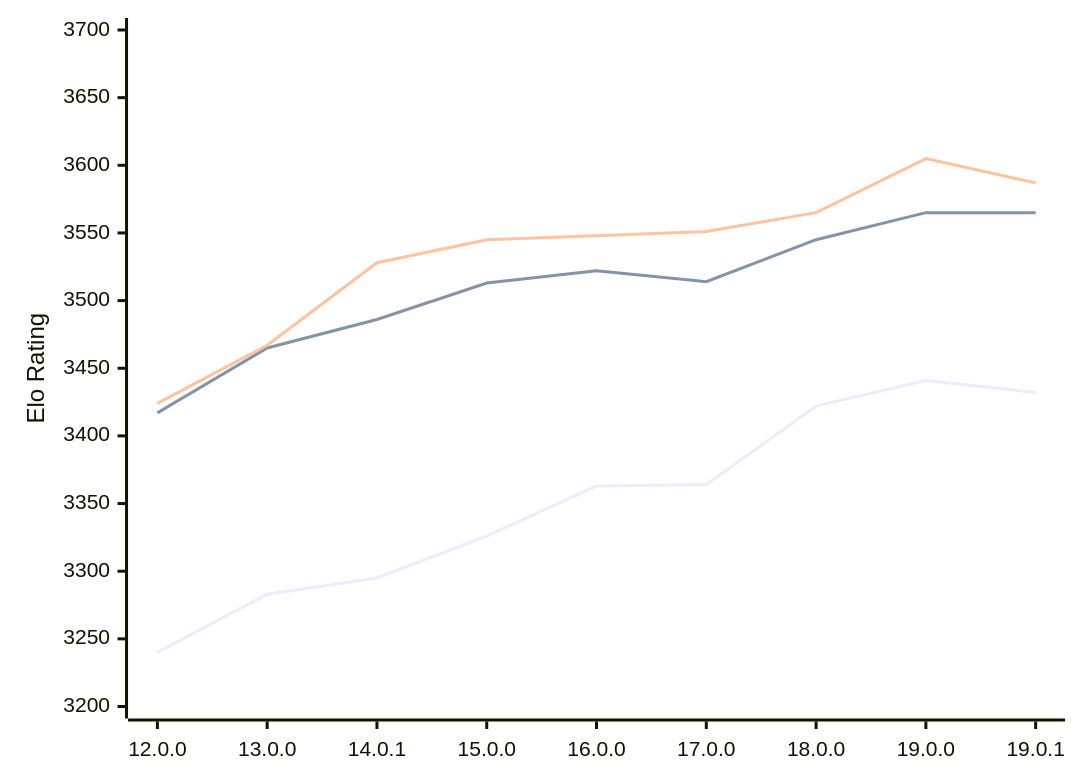
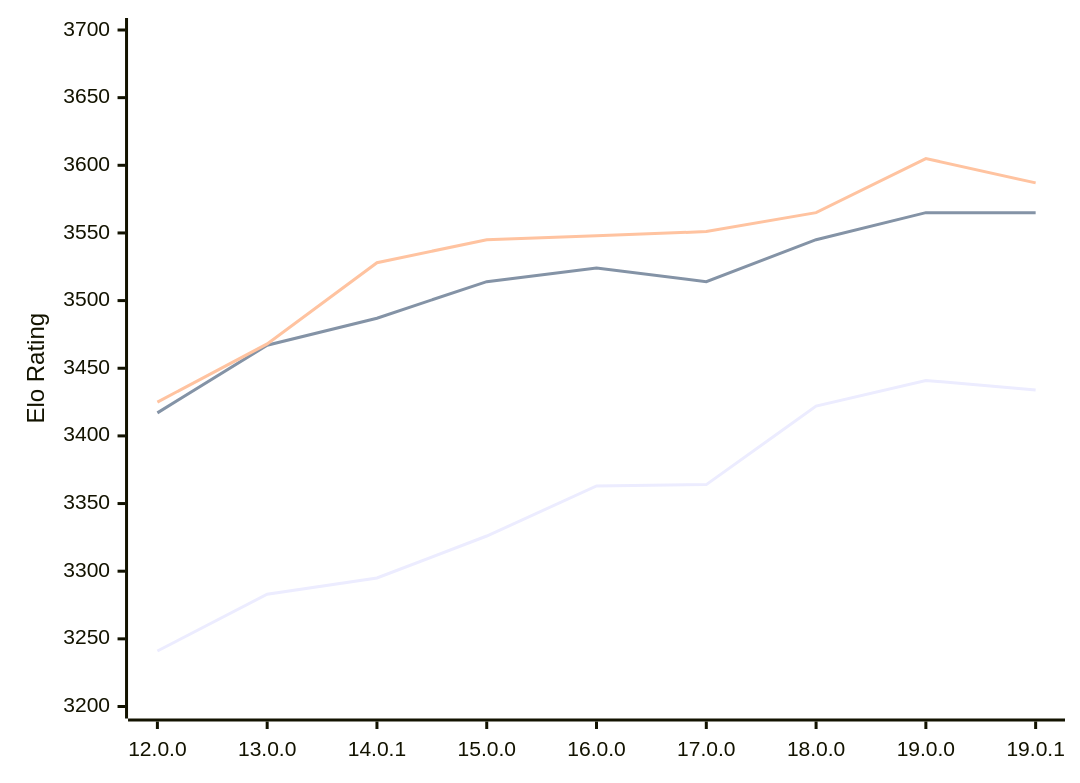
Before and after one commit to computer-chess-index/cci: the diagram in engines/Viridithas.md, drawn with Mermaid. The commit also changed other lines of this file, not shown here.

Commit message:
Update CCI Ratings (ELO VLTC) - 2026-02-13

````diff
--- a/engines/Viridithas.md
+++ b/engines/Viridithas.md
@@ -60,9 +60,9 @@
 ```mermaid
 %%{init: {"theme":"base","themeVariables":{"seriesColors:['#a3a3a3','#222221','#faa371']}}}%%
 xychart-beta
   x-axis ["12.0.0", "13.0.0", "14.0.1", "15.0.0", "16.0.0", "17.0.0", "18.0.0", "19.0.0", "19.0.1"]
   y-axis "Elo Rating" 3200 --> 3700
-  line "STC (8.0+0.08s)" [3240, 3283, 3295, 3326, 3363, 3364, 3422, 3441, 3432]
-  line "LTC (60.0+0.60s)" [3417, 3465, 3486, 3513, 3522, 3514, 3545, 3565, 3565]
-  line "VLTC (2m24s+1.12s)" [3424, 3467, 3528, 3545, 3548, 3551, 3565, 3605, 3587]
+  line "STC (8.0+0.08s)" [3241, 3283, 3295, 3326, 3363, 3364, 3422, 3441, 3434]
+  line "LTC (60.0+0.60s)" [3417, 3467, 3487, 3514, 3524, 3514, 3545, 3565, 3565]
+  line "VLTC (2m24s+1.12s)" [3425, 3468, 3528, 3545, 3548, 3551, 3565, 3605, 3587]
 ```
````
